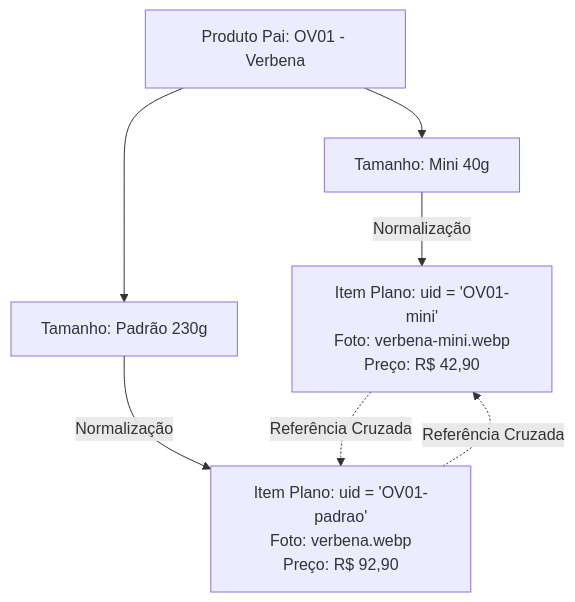
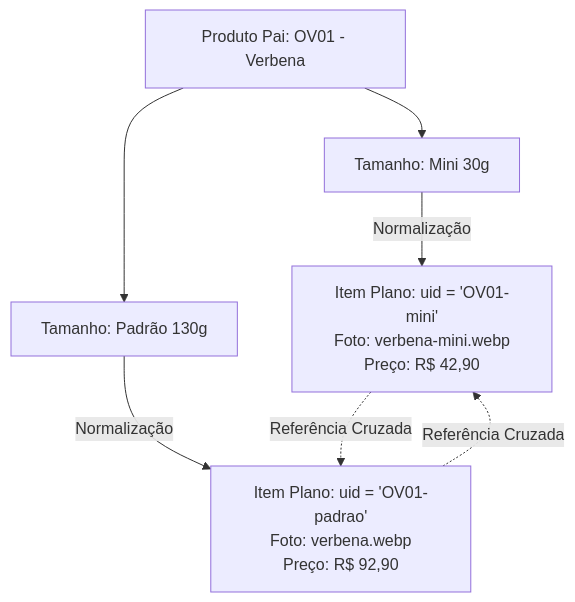
Before and after one commit to pycriador/site-olivelas: the first of 2 diagrams in docs/catalog-engine.md, drawn with Mermaid. The commit also changed 10 other files, not shown here.

````diff
--- a/docs/catalog-engine.md
+++ b/docs/catalog-engine.md
@@ -15,11 +15,11 @@
 ```mermaid
 flowchart TD
-    P[Produto Pai: OV01 - Verbena] --> T1[Tamanho: Mini 40g]
-    P --> T2[Tamanho: Padrão 230g]
+    P[Produto Pai: OV01 - Verbena] --> T1[Tamanho: Mini 30g]
+    P --> T2[Tamanho: Padrão 130g]
     
     T1 -->|Normalização| U1[Item Plano: uid = 'OV01-mini'<br/>Foto: verbena-mini.webp<br/>Preço: R$ 42,90]
     T2 -->|Normalização| U2[Item Plano: uid = 'OV01-padrao'<br/>Foto: verbena.webp<br/>Preço: R$ 92,90]
     
     U1 -.->|Referência Cruzada| U2
     U2 -.->|Referência Cruzada| U1
 ```
````
